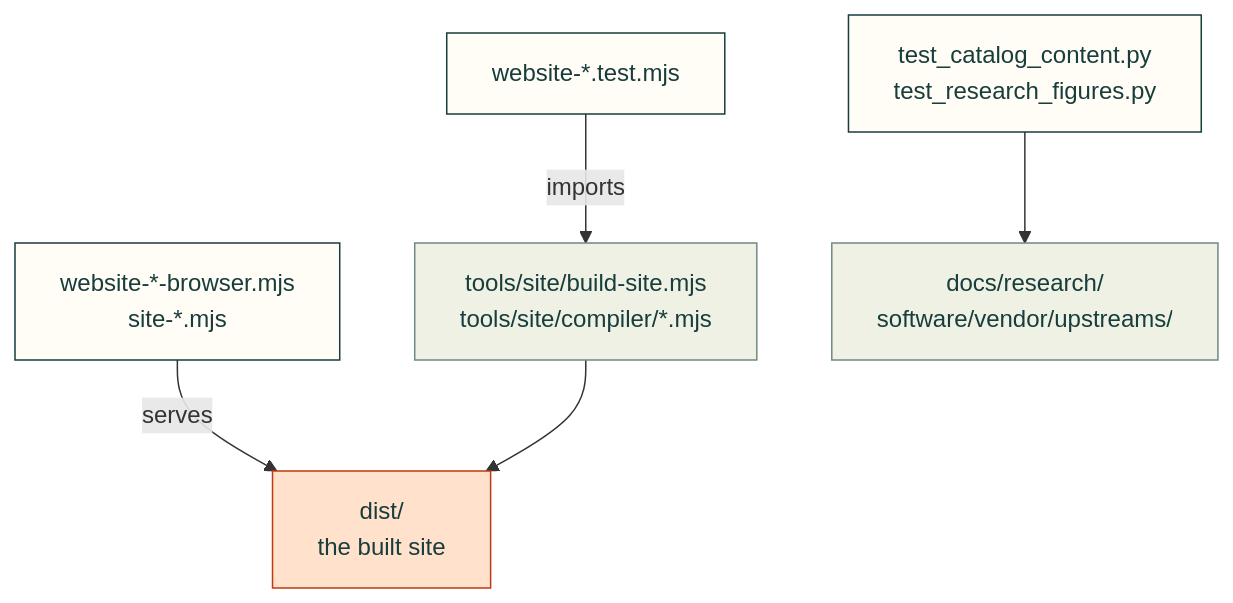
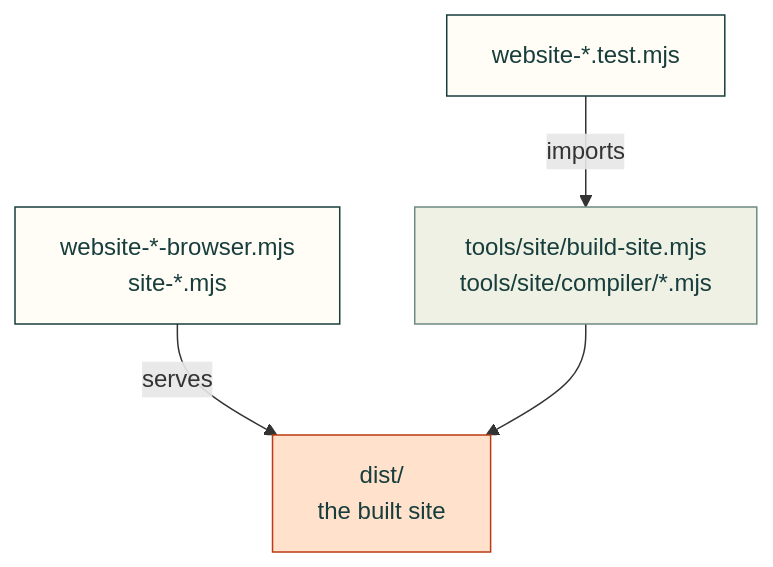
One commit to Valpatel/cad-agent changed the first of 2 diagrams in tests/site/README.md. Above: the diagram before and after it, drawn with Mermaid. The commit also changed other lines of this file and 26 other files, not shown here.

Commit message:
docs(repo): make published folder diagrams readable across screen sizes

````diff
--- a/tests/site/README.md
+++ b/tests/site/README.md
@@ -9,13 +11,16 @@
 ```mermaid
 flowchart TD
-    U["website-*.test.mjs"] -->|"imports"| T["tools/site/build-site.mjs<br/>tools/site/compiler/*.mjs"]
-    B["website-*-browser.mjs<br/>site-*.mjs"] -->|"serves"| D["dist/<br/>the built site"]
+    U["website-*.test.mjs"]
+    T["tools/site/build-site.mjs<br/>tools/site/compiler/*.mjs"]
+    B["website-*-browser.mjs<br/>site-*.mjs"]
+    D["dist/<br/>the built site"]
+    U -->|"imports"| T
+    B -->|"serves"| D
     T --> D
-    P["test_catalog_content.py<br/>test_research_figures.py"] --> R["docs/research/<br/>software/vendor/upstreams/"]
     classDef here fill:#fffdf5,stroke:#173d3c,color:#173d3c
     classDef near fill:#eef1e4,stroke:#6f8a80,color:#173d3c
     classDef out fill:#ffe1cc,stroke:#bd3a12,color:#173d3c
-    class U,B,P here
-    class T,R near
+    class U,B here
+    class T near
     class D out
 ```
````
